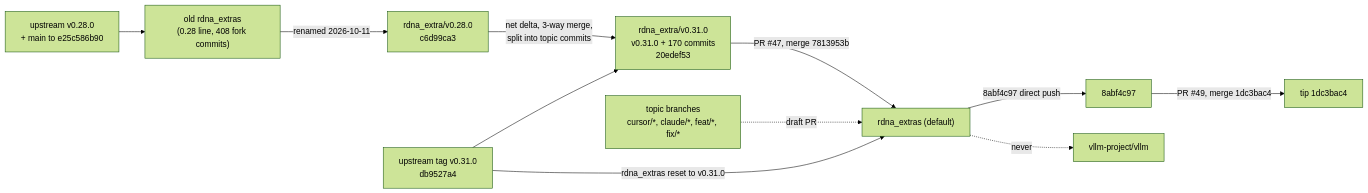
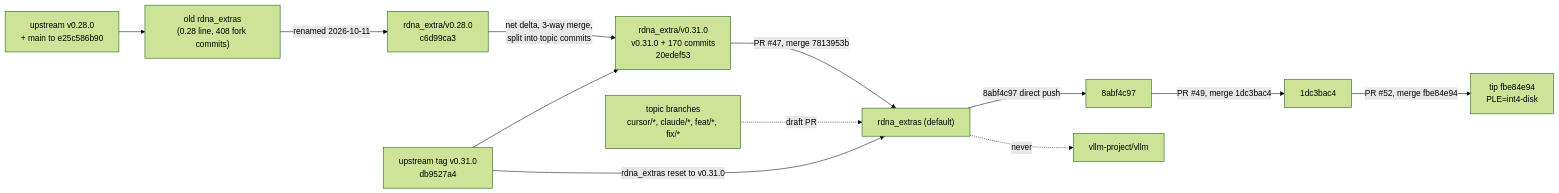
The diagram in fork/branches.md (BlivionIaG/rdna-hip-wiki), drawn with Mermaid (forest theme) before and after one commit. The commit also changed other lines of this file and 4 other files, not shown here.

Commit message:
fork: re-pin rdna_extras tip 1dc3bac4 -> fbe84e94 (#52 PLE=int4-disk); fix moved line cites

````diff
--- a/fork/branches.md
+++ b/fork/branches.md
@@ -52,13 +60,14 @@
 ```mermaid
 flowchart LR
   up28["upstream v0.28.0<br/>+ main to e25c586b90"] --> old["old rdna_extras<br/>(0.28 line, 408 fork commits)"]
   old -->|renamed 2026-10-11| r28["rdna_extra/v0.28.0<br/>c6d99ca3"]
   r28 -->|net delta, 3-way merge,<br/>split into topic commits| r31["rdna_extra/v0.31.0<br/>v0.31.0 + 170 commits<br/>20edef53"]
   up31["upstream tag v0.31.0<br/>db9527a4"] --> r31
   up31 -->|rdna_extras reset to v0.31.0| dest["rdna_extras (default)"]
   r31 -->|PR #47, merge 7813953b| dest
   dest -->|8abf4c97 direct push| d2["8abf4c97"]
-  d2 -->|PR #49, merge 1dc3bac4| tip["tip 1dc3bac4"]
+  d2 -->|PR #49, merge 1dc3bac4| d3["1dc3bac4"]
+  d3 -->|PR #52, merge fbe84e94| tip["tip fbe84e94<br/>PLE=int4-disk"]
   topic["topic branches<br/>cursor/*, claude/*, feat/*, fix/*"] -.->|draft PR| dest
   dest -. never .-> vllm["vllm-project/vllm"]
 ```
````
